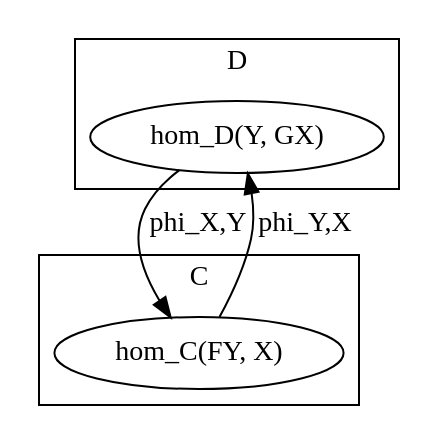
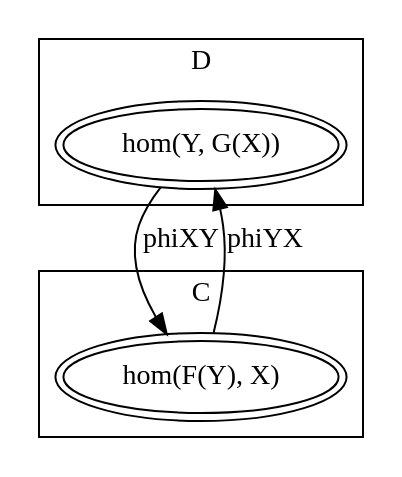
The third of 5 diagrams in adjoint-functors.md (frankymacster/category-theory-graphviz), drawn with Graphviz before and after one commit. The commit also changed other lines of this file, not shown here.

Commit message:
adjunt-functor: graphviz: add differentiation between different levels of abstraction

````diff
--- a/adjoint-functors.md
+++ b/adjoint-functors.md
@@ -24,16 +37,20 @@
 ```graphviz
 digraph G {
   subgraph clusterD {
     label="D"
-    "hom_D(Y, GX)"
+    node [peripheries=2]
+
+    "hom(Y, G(X))"
   }
 
   subgraph clusterC {
     label="C"
-    "hom_C(FY, X)"
+    node [peripheries=2]
+
+    "hom(F(Y), X)"
   }
 
-  "hom_D(Y, GX)" -> "hom_C(FY, X)" [label="phi_X,Y"]
-  "hom_C(FY, X)" -> "hom_D(Y, GX)" [label="phi_Y,X"]
+  "hom(Y, G(X))" -> "hom(F(Y), X)" [label="phiXY"]
+  "hom(F(Y), X)" -> "hom(Y, G(X))" [label="phiYX"]
 }
 ```
````
